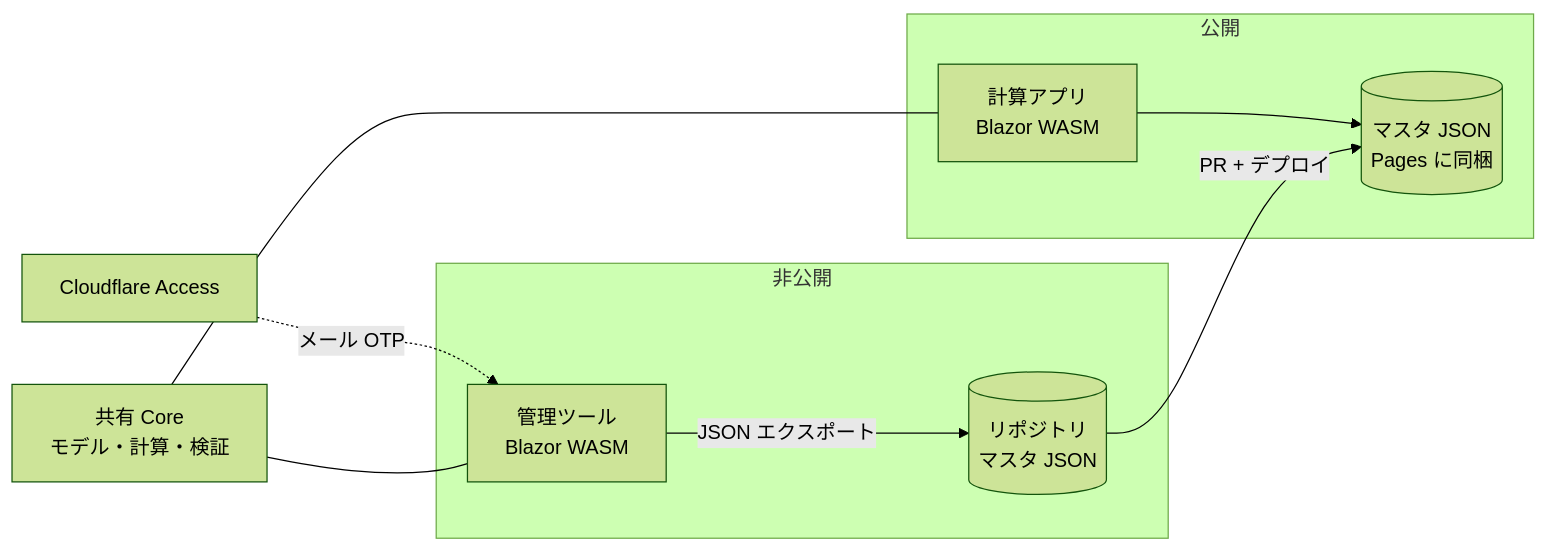
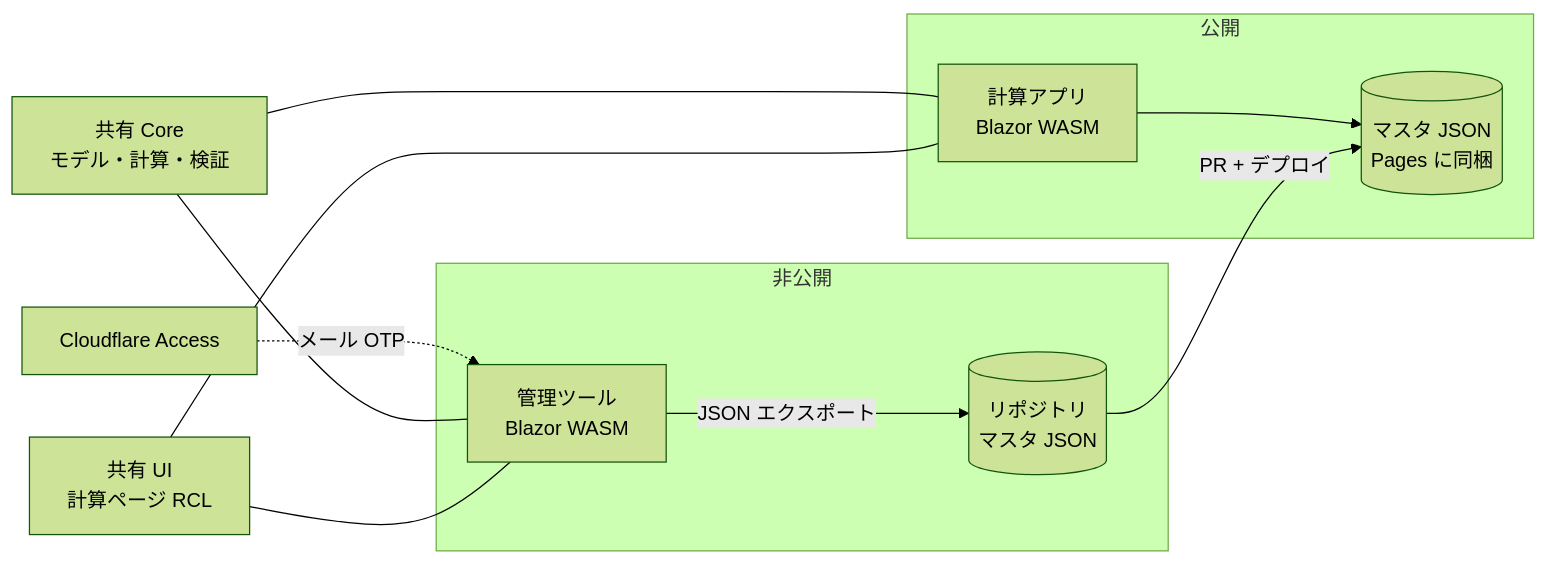
The second of 2 diagrams in docs/requirements.md (Tkg-tamagohan/Endfield-AIC-Web), drawn with Mermaid (forest theme) before and after one commit. The commit also changed other lines of this file and 5 other files, not shown here.

````diff
--- a/docs/requirements.md
+++ b/docs/requirements.md
@@ -254,13 +256,15 @@
 ```mermaid
 flowchart LR
     subgraph 公開
         PubApp[計算アプリ<br/>Blazor WASM] --> MasterJson[(マスタ JSON<br/>Pages に同梱)]
     end
     subgraph 非公開
         AdminApp[管理ツール<br/>Blazor WASM] -->|JSON エクスポート| Repo[(リポジトリ<br/>マスタ JSON)]
     end
     Access[Cloudflare Access] -.->|メール OTP| AdminApp
     Repo -->|PR + デプロイ| MasterJson
     Core[共有 Core<br/>モデル・計算・検証] --- PubApp
     Core --- AdminApp
+    SharedUi[共有 UI<br/>計算ページ RCL] --- PubApp
+    SharedUi --- AdminApp
 ```
````
